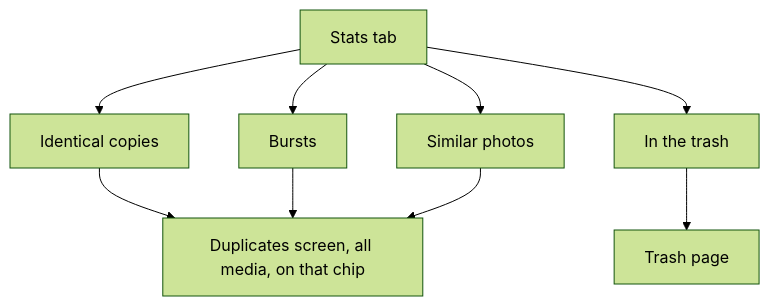
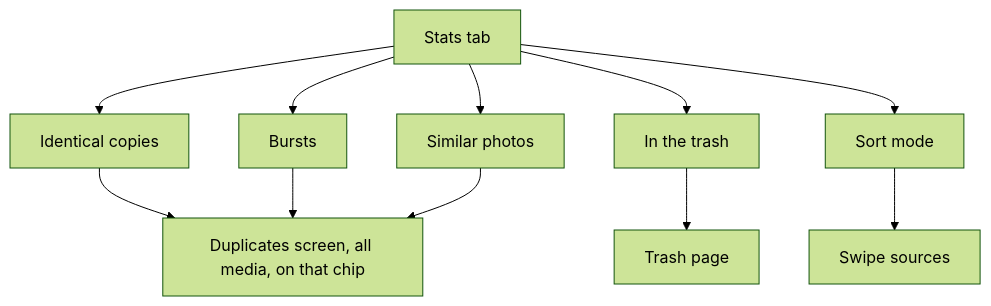
The diagram in docs/features/stats.md (Bichoumac/Clean-Gallery), drawn with Mermaid (forest theme) before and after one commit. The commit also changed other lines of this file and 27 other files, not shown here.

First line of the commit message:
M5 part 3: sort mode (swipe) and the Blurry label

````diff
--- a/docs/features/stats.md
+++ b/docs/features/stats.md
@@ -22,7 +23,8 @@
 ```mermaid
 flowchart TD
     S[Stats tab] --> C[Identical copies] --> D[Duplicates screen, all media, on that chip]
     S --> B[Bursts] --> D
     S --> P[Similar photos] --> D
     S --> T[In the trash] --> R[Trash page]
+    S --> W[Sort mode] --> X[Swipe sources]
 ```
````
